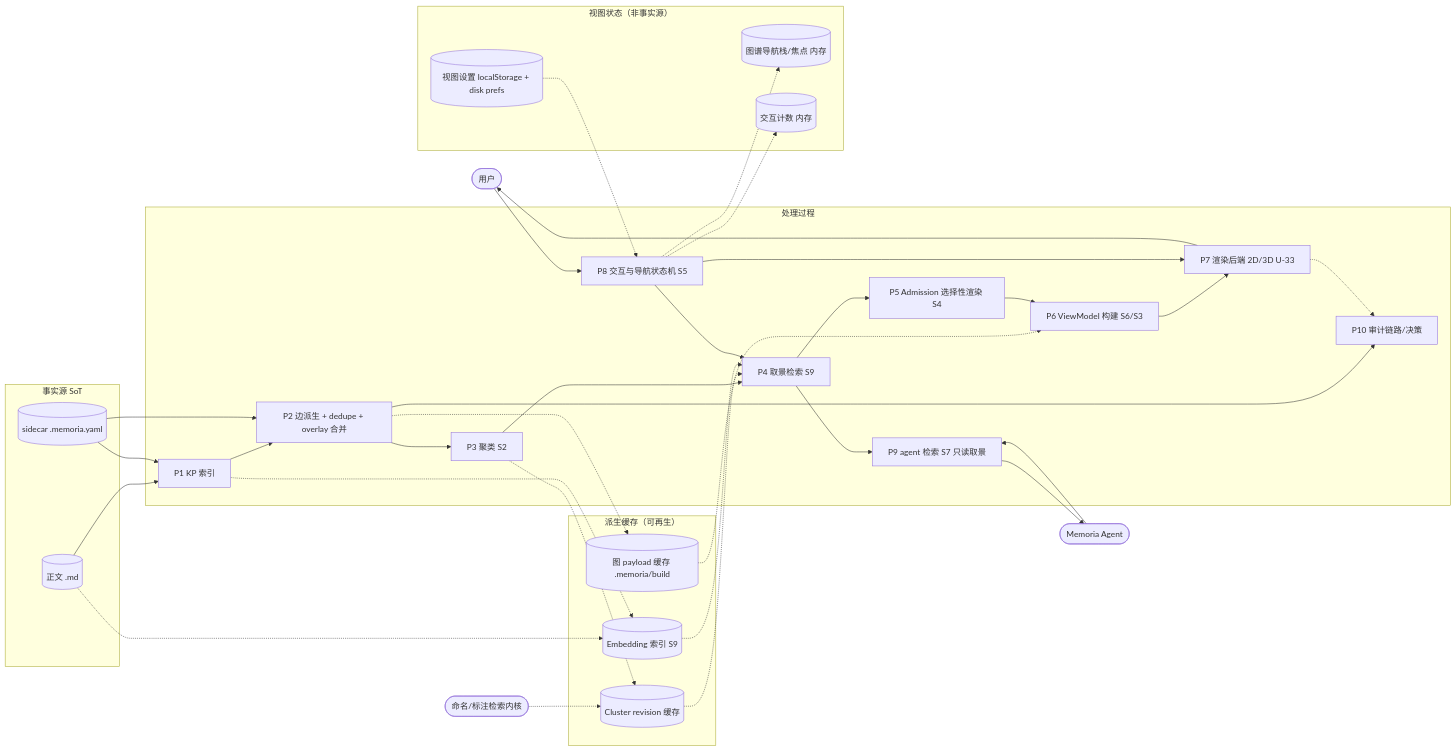
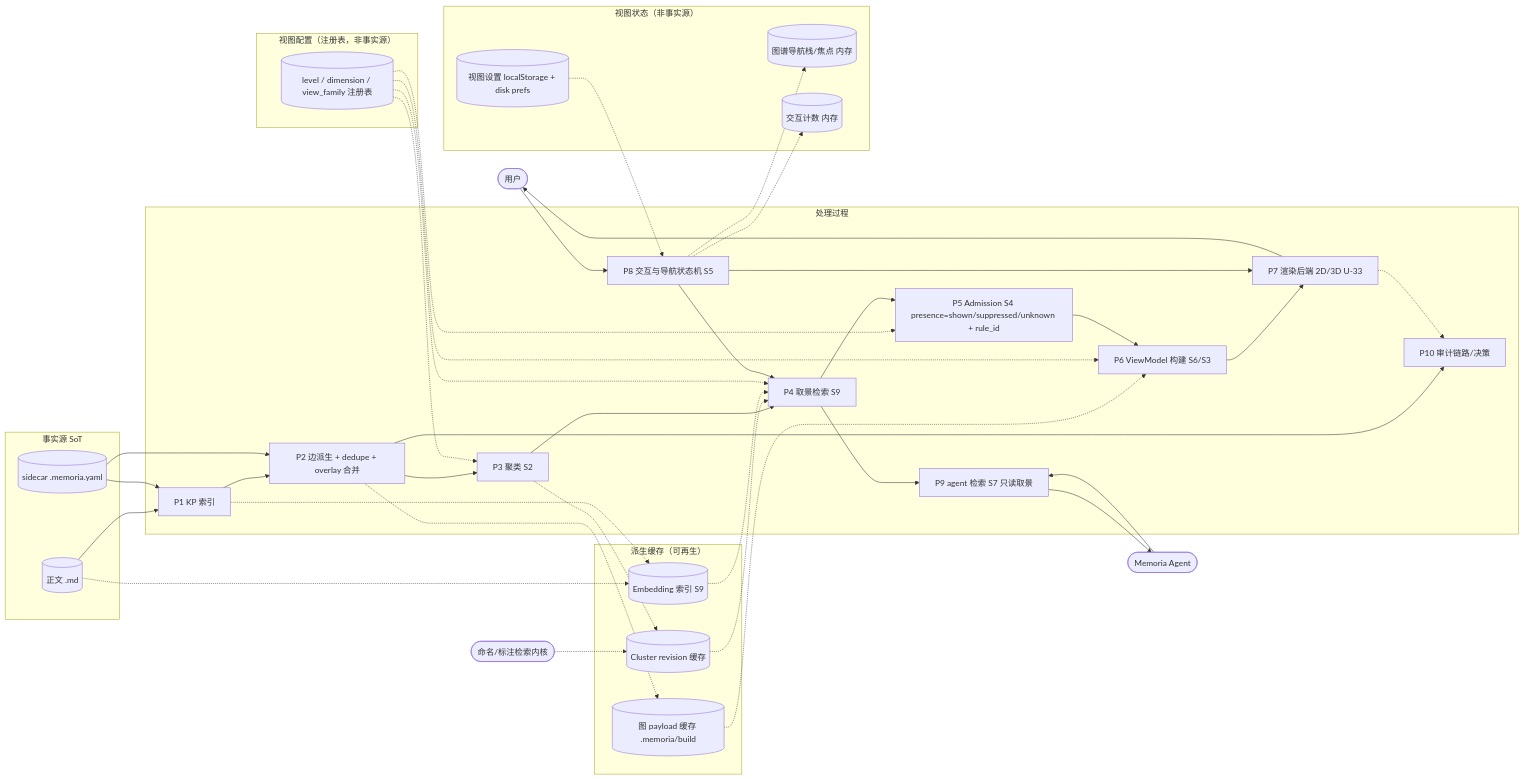
One commit to Fresh-Tim-Lam/Memoria changed the second of 3 diagrams in docs/design/multilevel-graph/ENGINEERING-PLAN.md. Above: the diagram before and after it, drawn with Mermaid. The commit also changed other lines of this file and 5 other files, not shown here.

````diff
--- a/docs/design/multilevel-graph/ENGINEERING-PLAN.md
+++ b/docs/design/multilevel-graph/ENGINEERING-PLAN.md
@@ -257,66 +302,74 @@
 ```mermaid
 flowchart LR
     USER(["用户"])
     AGENT(["Memoria Agent"])
     LABELER(["命名/标注检索内核"])
 
     subgraph SRC["事实源 SoT"]
         MD[("正文 .md")]
         SC[("sidecar .memoria.yaml")]
     end
 
     subgraph PROC["处理过程"]
         P1["P1 KP 索引"]
         P2["P2 边派生 + dedupe + overlay 合并"]
         P3["P3 聚类 S2"]
         P4["P4 取景检索 S9"]
-        P5["P5 Admission 选择性渲染 S4"]
+        P5["P5 Admission S4 presence=shown/suppressed/unknown + rule_id"]
         P6["P6 ViewModel 构建 S6/S3"]
         P7["P7 渲染后端 2D/3D U-33"]
         P8["P8 交互与导航状态机 S5"]
         P9["P9 agent 检索 S7 只读取景"]
         P10["P10 审计链路/决策"]
     end
 
     subgraph CACHE["派生缓存（可再生）"]
         C1[("图 payload 缓存 .memoria/build")]
         C2[("Cluster revision 缓存")]
         C3[("Embedding 索引 S9")]
     end
 
     subgraph VIEW["视图状态（非事实源）"]
         V1[("视图设置 localStorage + disk prefs")]
         V2[("图谱导航栈/焦点 内存")]
         V3[("交互计数 内存")]
     end
 
+    subgraph CFG["视图配置（注册表，非事实源）"]
+        F1[("level / dimension / view_family 注册表")]
+    end
+
     MD --> P1
     SC --> P1
     P1 --> P2
     SC --> P2
     P2 --> P10
     P2 -.-> C1
     P2 --> P3
     P3 --> P4
     P3 -.-> C2
     LABELER -.-> C2
     MD -.-> C3
     P1 -.-> C3
     C1 -.-> P6
     C2 -.-> P4
     C3 -.-> P4
+    F1 -.-> P3
+    F1 -.-> P4
+    F1 -.-> P5
+    F1 -.-> P6
     P4 --> P5
     P5 --> P6
     P6 --> P7
     P7 --> USER
     USER --> P8
     P8 --> P4
     P8 -.-> V2
     V1 -.-> P8
     P8 --> P7
     P7 -.-> P10
     P8 -.-> V3
     AGENT --> P9
     P4 --> P9
     P9 --> AGENT
 ```
````
